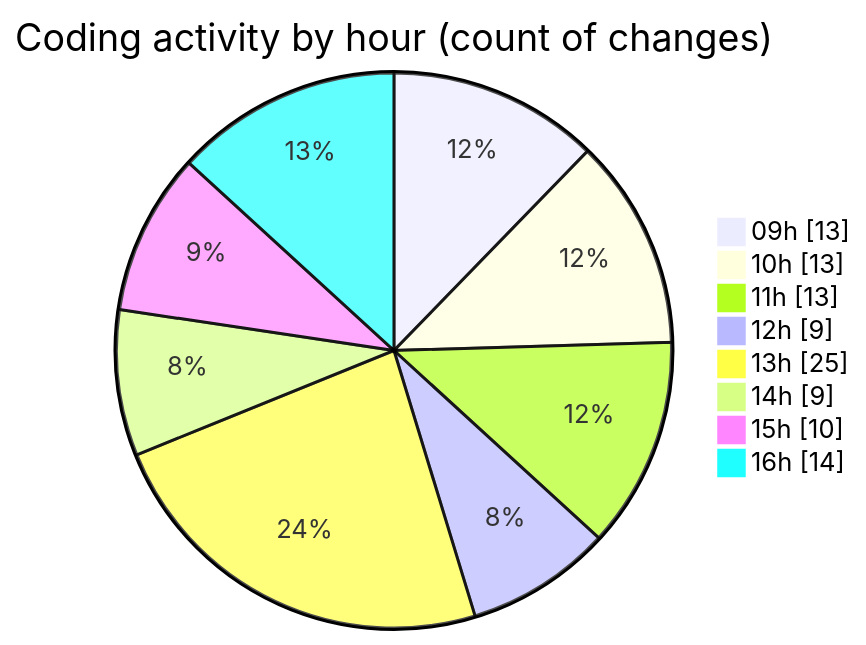
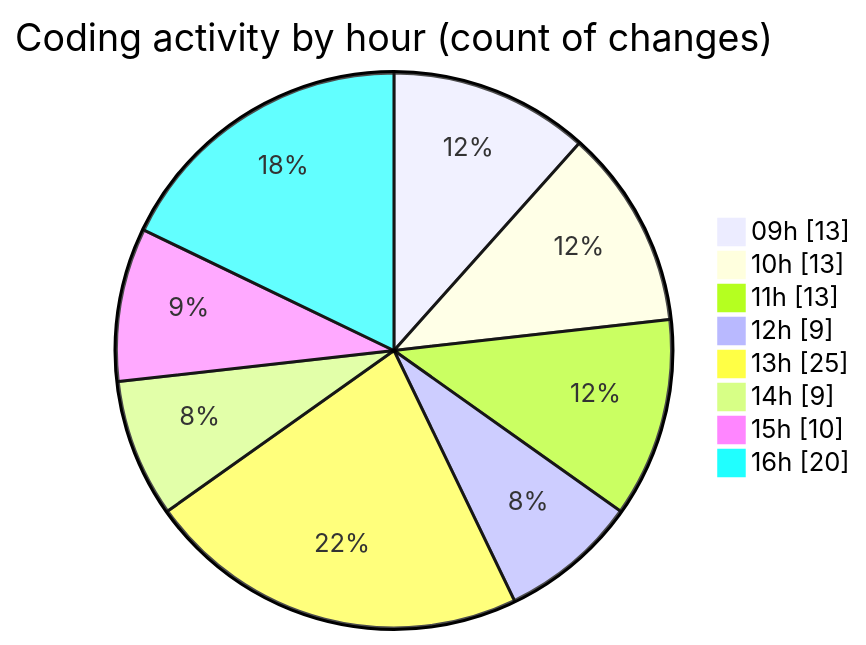
The second of 2 diagrams in 2025-09-23/cda/README.md (momahboobian/code-tracking), drawn with Mermaid before and after one commit. The commit also changed other lines of this file and 1 other file, not shown here.

````diff
--- a/2025-09-23/cda/README.md
+++ b/2025-09-23/cda/README.md
@@ -45,12 +45,12 @@
 ```mermaid
 pie showData
 title Coding activity by hour (count of changes)
 "09h" : 13
 "10h" : 13
 "11h" : 13
 "12h" : 9
 "13h" : 25
 "14h" : 9
 "15h" : 10
-"16h" : 14
+"16h" : 20
 ```
````
